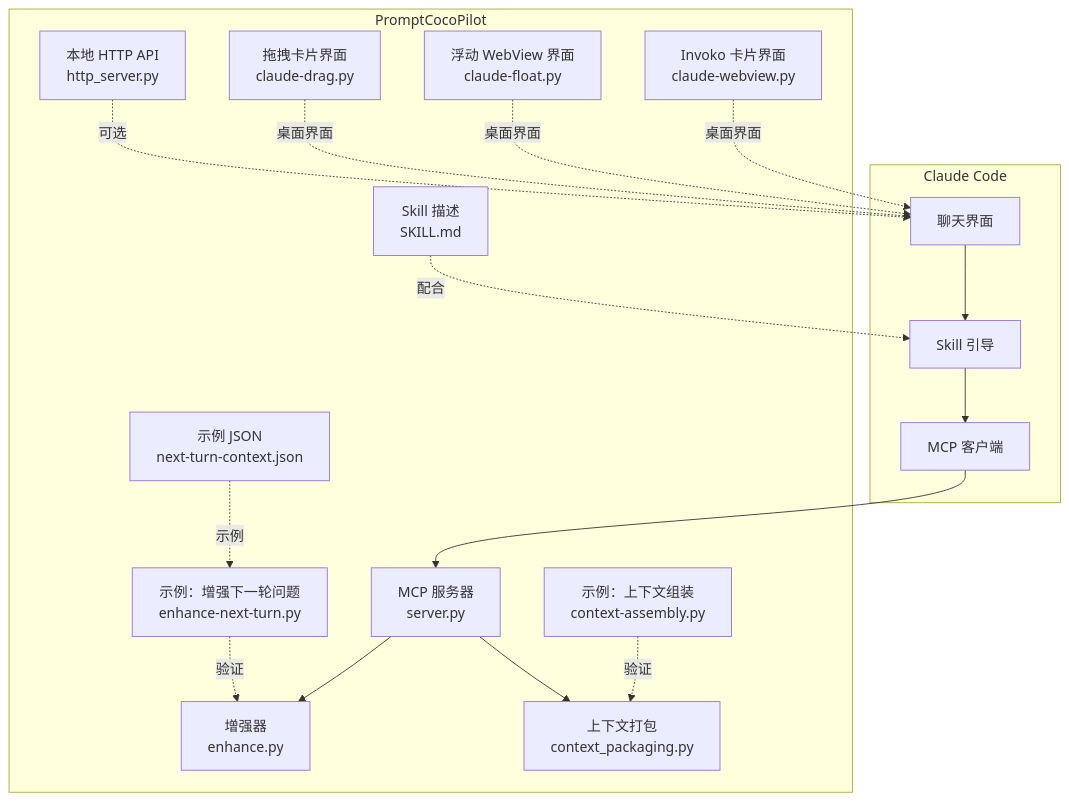
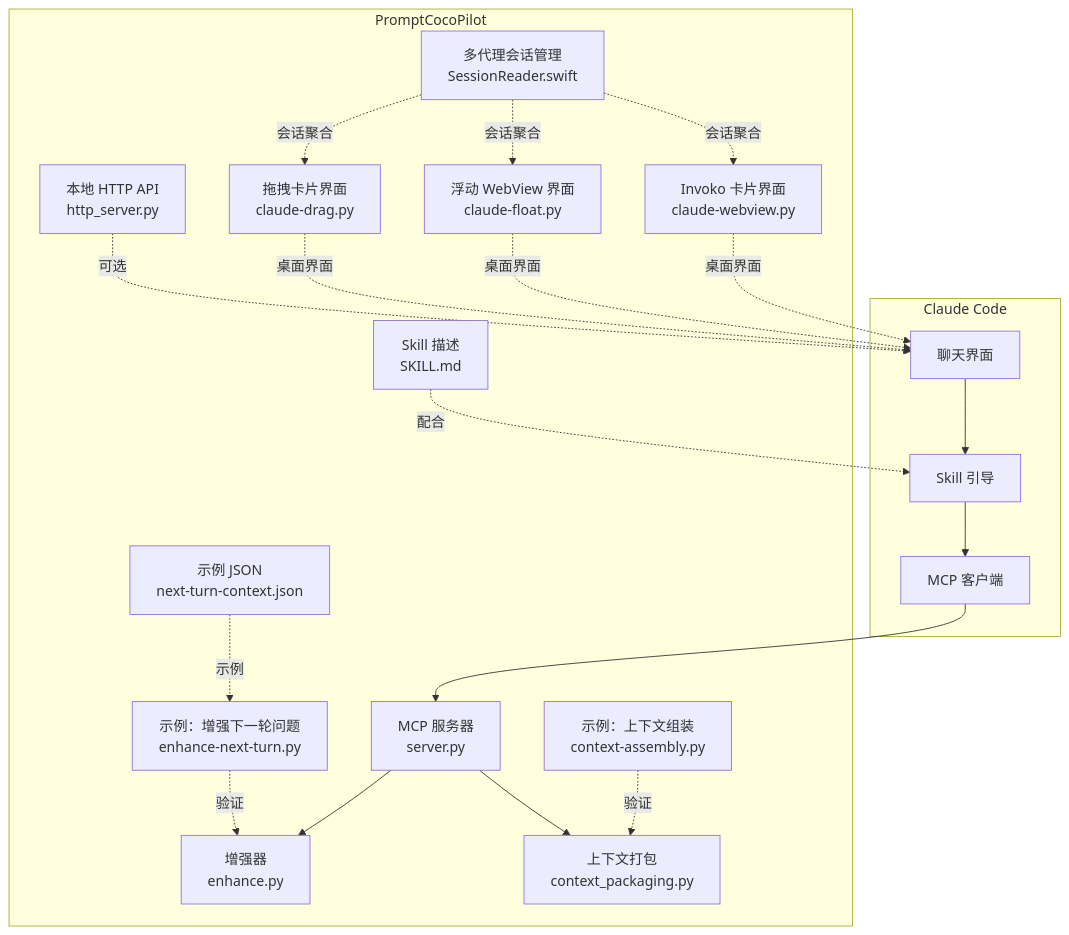
The first of 3 diagrams in .qoder/repowiki/zh/content/集成指南/Claude Code 集成.md (WyRainBow/PromptCocoPilot), drawn with Mermaid before and after one commit. The commit also changed other lines of this file and 134 other files, not shown here.

````diff
--- a/.qoder/repowiki/zh/content/集成指南/Claude Code 集成.md
+++ b/.qoder/repowiki/zh/content/集成指南/Claude Code 集成.md
@@ -53,34 +67,38 @@
 ```mermaid
 graph TB
 subgraph "Claude Code"
 CC_UI["聊天界面"]
 CC_Skill["Skill 引导"]
 CC_MCP["MCP 客户端"]
 end
 subgraph "PromptCocoPilot"
 Srv["MCP 服务器<br/>server.py"]
 Enh["增强器<br/>enhance.py"]
 Ctx["上下文打包<br/>context_packaging.py"]
 Http["本地 HTTP API<br/>http_server.py"]
 Skill["Skill 描述<br/>SKILL.md"]
 UI1["拖拽卡片界面<br/>claude-drag.py"]
 UI2["浮动 WebView 界面<br/>claude-float.py"]
 UI3["Invoko 卡片界面<br/>claude-webview.py"]
+MultiAgent["多代理会话管理<br/>SessionReader.swift"]
 Ex1["示例：增强下一轮问题<br/>enhance-next-turn.py"]
 Ex2["示例：上下文组装<br/>context-assembly.py"]
 Ex3["示例 JSON<br/>next-turn-context.json"]
 end
 CC_UI --> CC_Skill
 CC_Skill --> CC_MCP
 CC_MCP --> Srv
 Srv --> Enh
 Srv --> Ctx
 Http -. 可选 .-> CC_UI
 Skill -. 配合 .-> CC_Skill
 UI1 -. 桌面界面 .-> CC_UI
 UI2 -. 桌面界面 .-> CC_UI
 UI3 -. 桌面界面 .-> CC_UI
+MultiAgent -. 会话聚合 .-> UI1
+MultiAgent -. 会话聚合 .-> UI2
+MultiAgent -. 会话聚合 .-> UI3
 Ex1 -. 验证 .-> Enh
 Ex2 -. 验证 .-> Ctx
 Ex3 -. 示例 .-> Ex1
 ```
````
